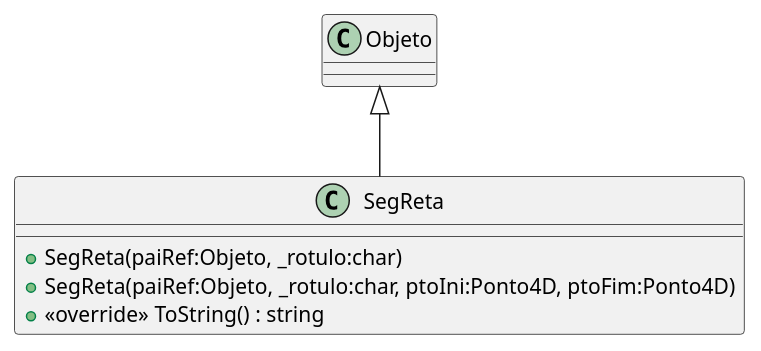
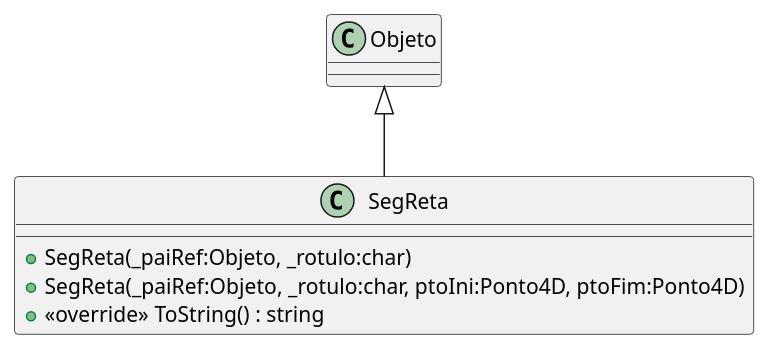
Before and after one commit to gcgfurb/CG_2024-2_not_equipe-09: the diagram in Unidade3/CG_N3_Exemplo/plantuml/SegReta.puml, drawn with PlantUML. The commit also changed 14 other files, not shown here.

```diff
--- a/Unidade3/CG_N3_Exemplo/plantuml/SegReta.puml
+++ b/Unidade3/CG_N3_Exemplo/plantuml/SegReta.puml
@@ -1,8 +1,8 @@
-@startuml
+@startuml SegReta
 class SegReta {
-    + SegReta(paiRef:Objeto, _rotulo:char)
-    + SegReta(paiRef:Objeto, _rotulo:char, ptoIni:Ponto4D, ptoFim:Ponto4D)
+    + SegReta(_paiRef:Objeto, _rotulo:char)
+    + SegReta(_paiRef:Objeto, _rotulo:char, ptoIni:Ponto4D, ptoFim:Ponto4D)
     + <<override>> ToString() : string
 }
 Objeto <|-- SegReta
 @enduml
```
